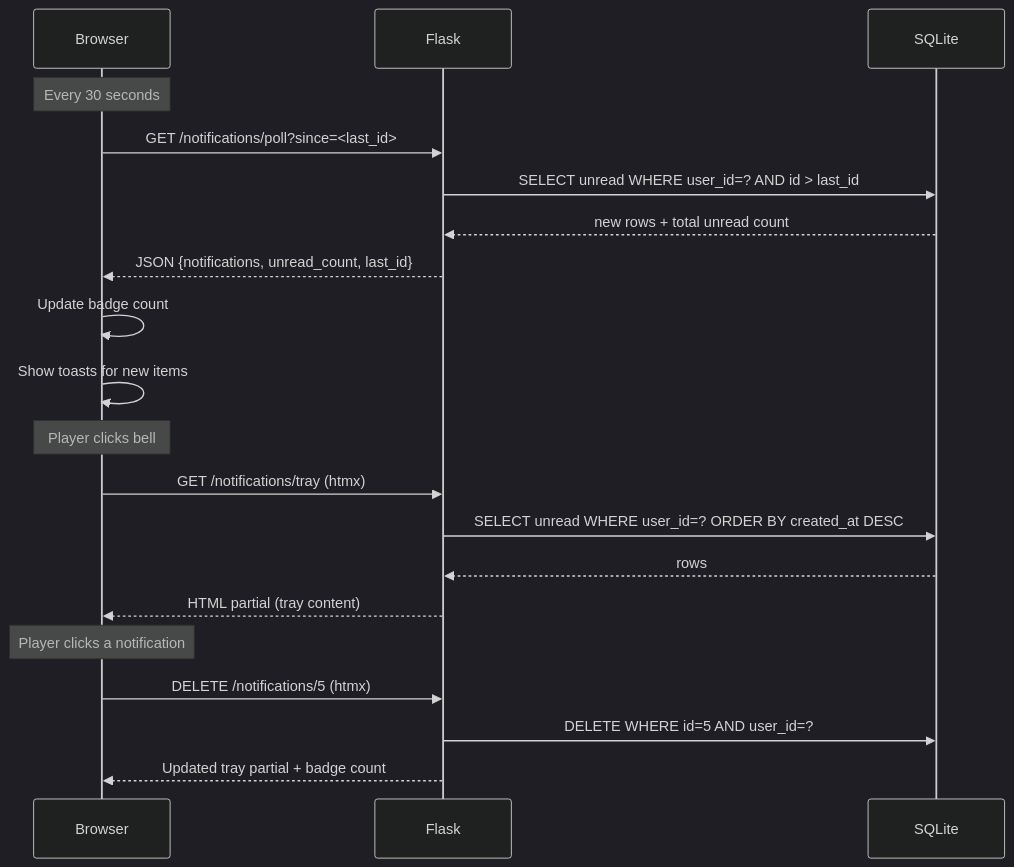
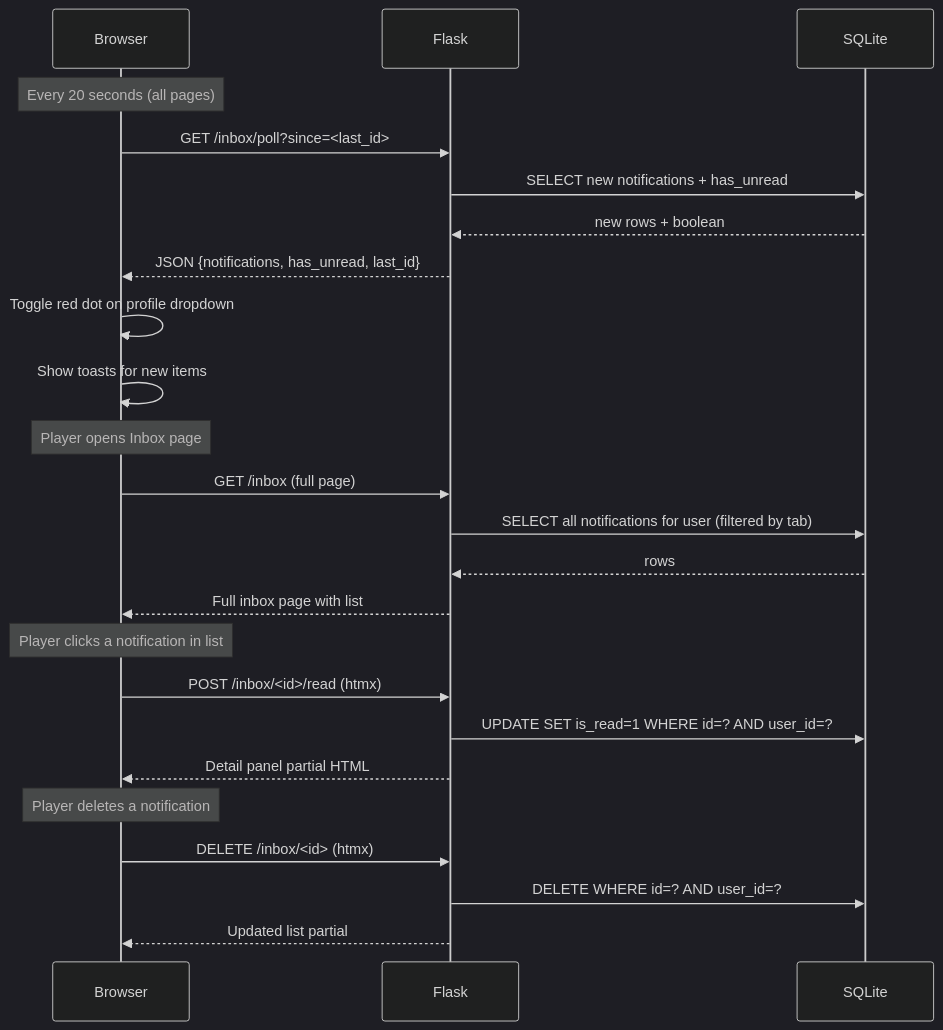
Before and after one commit to Zechariah-Guo/OreX: the second of 2 diagrams in .kiro/specs/notification-system/design.md, drawn with Mermaid (dark theme). The commit also changed other lines of this file and 58 other files, not shown here.

````diff
--- a/.kiro/specs/notification-system/design.md
+++ b/.kiro/specs/notification-system/design.md
@@ -52,25 +53,30 @@
 ```mermaid
 sequenceDiagram
     participant Browser
     participant Flask
     participant SQLite
 
-    Note over Browser: Every 30 seconds
-    Browser->>Flask: GET /notifications/poll?since=<last_id>
-    Flask->>SQLite: SELECT unread WHERE user_id=? AND id > last_id
-    SQLite-->>Flask: new rows + total unread count
-    Flask-->>Browser: JSON {notifications, unread_count, last_id}
-    Browser->>Browser: Update badge count
+    Note over Browser: Every 20 seconds (all pages)
+    Browser->>Flask: GET /inbox/poll?since=<last_id>
+    Flask->>SQLite: SELECT new notifications + has_unread
+    SQLite-->>Flask: new rows + boolean
+    Flask-->>Browser: JSON {notifications, has_unread, last_id}
+    Browser->>Browser: Toggle red dot on profile dropdown
     Browser->>Browser: Show toasts for new items
 
-    Note over Browser: Player clicks bell
-    Browser->>Flask: GET /notifications/tray (htmx)
-    Flask->>SQLite: SELECT unread WHERE user_id=? ORDER BY created_at DESC
+    Note over Browser: Player opens Inbox page
+    Browser->>Flask: GET /inbox (full page)
+    Flask->>SQLite: SELECT all notifications for user (filtered by tab)
     SQLite-->>Flask: rows
-    Flask-->>Browser: HTML partial (tray content)
+    Flask-->>Browser: Full inbox page with list
 
-    Note over Browser: Player clicks a notification
-    Browser->>Flask: DELETE /notifications/5 (htmx)
-    Flask->>SQLite: DELETE WHERE id=5 AND user_id=?
-    Flask-->>Browser: Updated tray partial + badge count
+    Note over Browser: Player clicks a notification in list
+    Browser->>Flask: POST /inbox/<id>/read (htmx)
+    Flask->>SQLite: UPDATE SET is_read=1 WHERE id=? AND user_id=?
+    Flask-->>Browser: Detail panel partial HTML
+
+    Note over Browser: Player deletes a notification
+    Browser->>Flask: DELETE /inbox/<id> (htmx)
+    Flask->>SQLite: DELETE WHERE id=? AND user_id=?
+    Flask-->>Browser: Updated list partial
 ```
````
